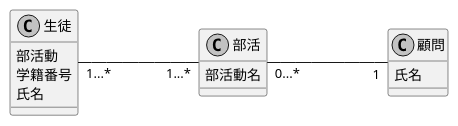
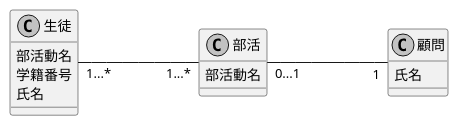
Before and after one commit to HazeyamaLab/practiceGit2022: the diagram in kengo/class_manytomany.pu, drawn with PlantUML.

Commit message:
完成版です

```diff
--- a/kengo/class_manytomany.pu
+++ b/kengo/class_manytomany.pu
@@ -1,28 +1,28 @@
 @startuml class_diagram
 ' 多対多のクラス図の例
 
 skinparam monochrome true
 skinparam shadowing false
 
 ' クラスを定義
 class 生徒{
-    部活動
+    部活動名
     学籍番号
     氏名
 }
 
 class 部活{
     部活動名
 }
 
 class 顧問{
     氏名
 }
 
 ' 関係を定義 
 left to right direction
 生徒 "1...*" --- "1...*" 部活
-部活 "0...*" --- "1" 顧問
+部活 "0...1" --- "1" 顧問
 
 ' umlの終了を宣言
 @enduml
```
